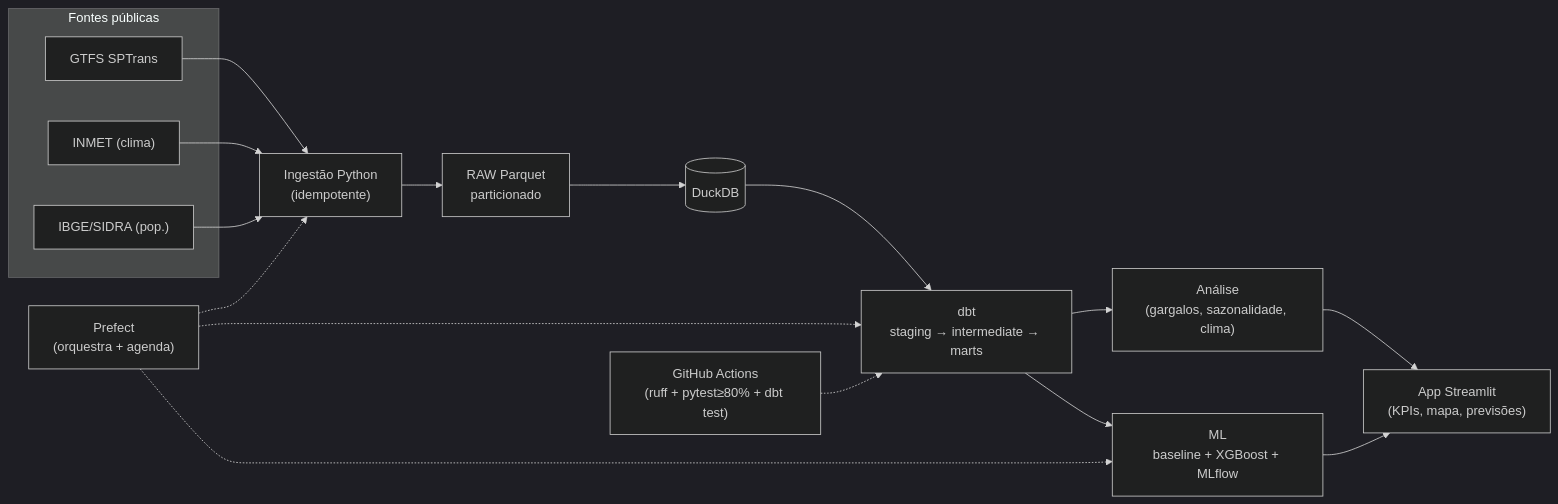
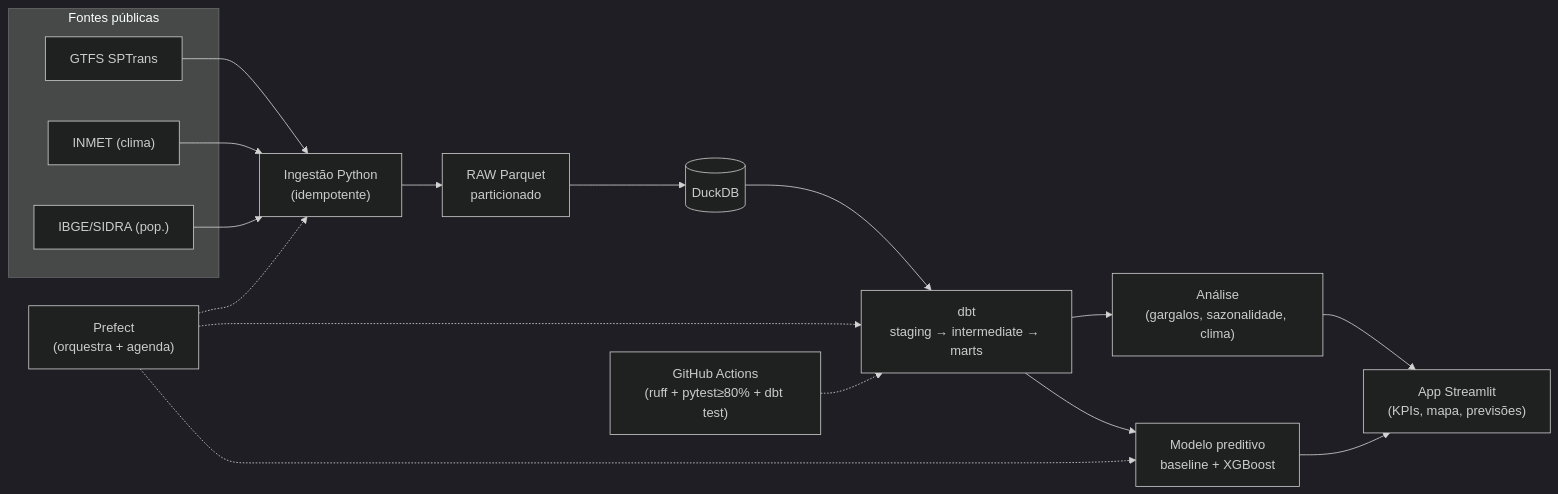
Before and after one commit to TatianaCalixto/observatorio-mobilidade: the diagram in README.md, drawn with Mermaid (dark theme). The commit also changed other lines of this file, not shown here.

````diff
--- a/README.md
+++ b/README.md
@@ -49,17 +49,17 @@
 ```mermaid
 flowchart LR
     subgraph Fontes["Fontes públicas"]
         G["GTFS SPTrans"]
         I["INMET (clima)"]
         S["IBGE/SIDRA (pop.)"]
     end
     G & I & S --> ING["Ingestão Python<br/>(idempotente)"]
     ING --> RAW["RAW Parquet<br/>particionado"]
     RAW --> DUCK[("DuckDB")]
     DUCK --> DBT["dbt<br/>staging → intermediate → marts"]
     DBT --> AN["Análise<br/>(gargalos, sazonalidade, clima)"]
-    DBT --> ML["ML<br/>baseline + XGBoost + MLflow"]
+    DBT --> ML["Modelo preditivo<br/>baseline + XGBoost"]
     AN & ML --> APP["App Streamlit<br/>(KPIs, mapa, previsões)"]
     PREF["Prefect<br/>(orquestra + agenda)"] -.-> ING & DBT & ML
     CI["GitHub Actions<br/>(ruff + pytest≥80% + dbt test)"] -.-> DBT
 ```
````
